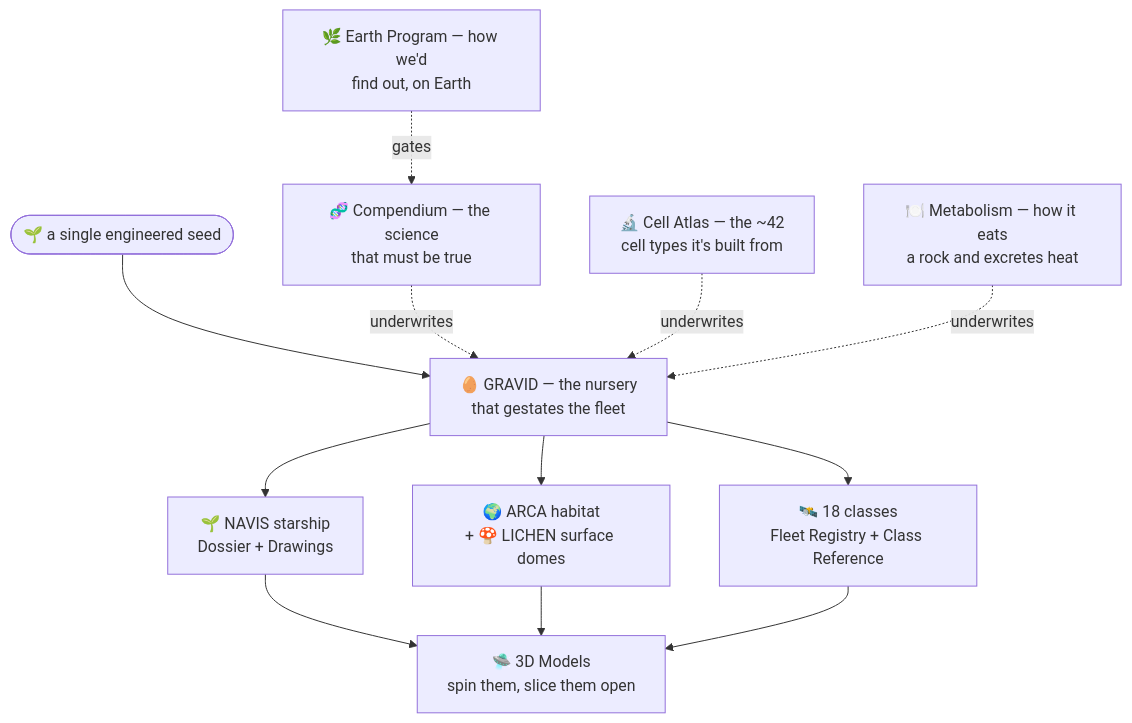
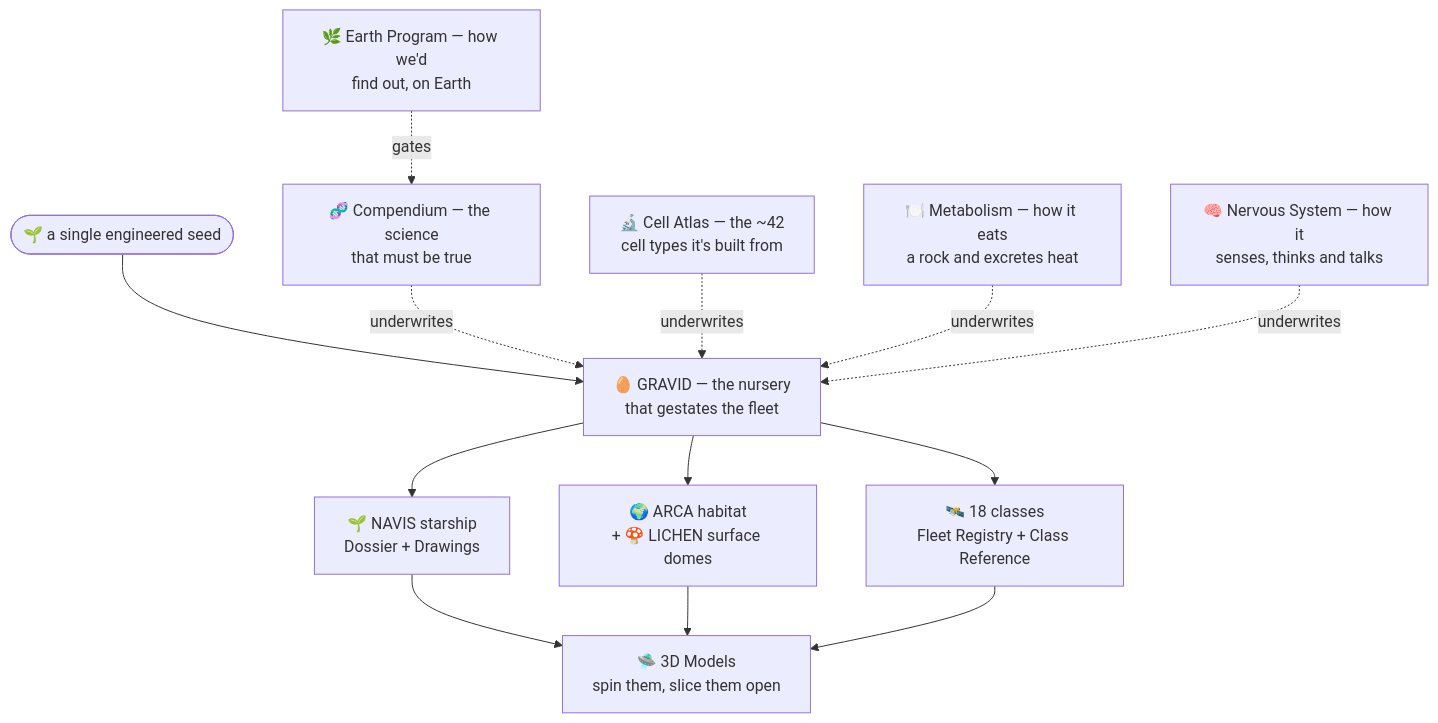
Before and after one commit to gddickinson/organic_spacecraft: the second of 2 diagrams in README.md, drawn with Mermaid. The commit also changed other lines of this file and 23 other files, not shown here.

First line of the commit message:
Add Nervous System (13th document): cognition, control & comms

````diff
--- a/README.md
+++ b/README.md
@@ -61,14 +61,15 @@
 ```mermaid
 flowchart TD
   SEED(["🌱 a single engineered seed"]) --> GRAVID["🥚 GRAVID — the nursery<br/>that gestates the fleet"]
   GRAVID --> NAVIS["🌱 NAVIS starship<br/>Dossier + Drawings"]
   GRAVID --> ARCA["🌍 ARCA habitat<br/>+ 🍄 LICHEN surface domes"]
   GRAVID --> MORE["🛰️ 18 classes<br/>Fleet Registry + Class Reference"]
   SCI["🧬 Compendium — the science<br/>that must be true"] -. underwrites .-> GRAVID
   CELLS["🔬 Cell Atlas — the ~42<br/>cell types it's built from"] -. underwrites .-> GRAVID
   METAB["🍽️ Metabolism — how it eats<br/>a rock and excretes heat"] -. underwrites .-> GRAVID
+  NERV["🧠 Nervous System — how it<br/>senses, thinks and talks"] -. underwrites .-> GRAVID
   EARTH["🌿 Earth Program — how we'd<br/>find out, on Earth"] -. gates .-> SCI
   NAVIS --> V3D["🛸 3D Models<br/>spin them, slice them open"]
   ARCA --> V3D
   MORE --> V3D
 ```
````
